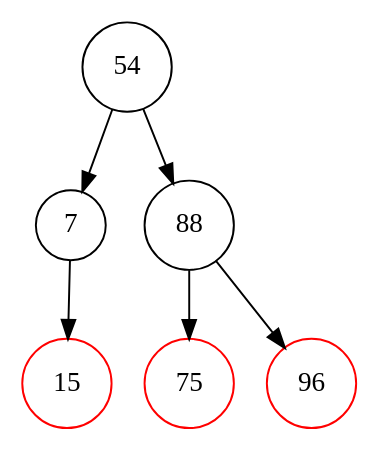
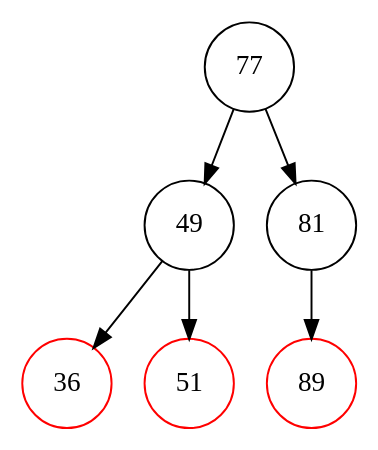
The diagram in tree_step_5.dot (Koreleth/rbtrees), drawn with Graphviz before and after one commit. The commit also changed 19 other files, not shown here.

```diff
--- a/tree_step_5.dot
+++ b/tree_step_5.dot
@@ -1,14 +1,14 @@
 digraph RBTree {
     node [shape=circle];
-    "54" [color=black];
-    "54" -> "7";
-    "7" [color=black];
-    "7" -> "15";
-    "15" [color=red];
-    "54" -> "88";
-    "88" [color=black];
-    "88" -> "75";
-    "75" [color=red];
-    "88" -> "96";
-    "96" [color=red];
+    "77" [color=black];
+    "77" -> "49";
+    "49" [color=black];
+    "49" -> "36";
+    "36" [color=red];
+    "49" -> "51";
+    "51" [color=red];
+    "77" -> "81";
+    "81" [color=black];
+    "81" -> "89";
+    "89" [color=red];
 }
```
